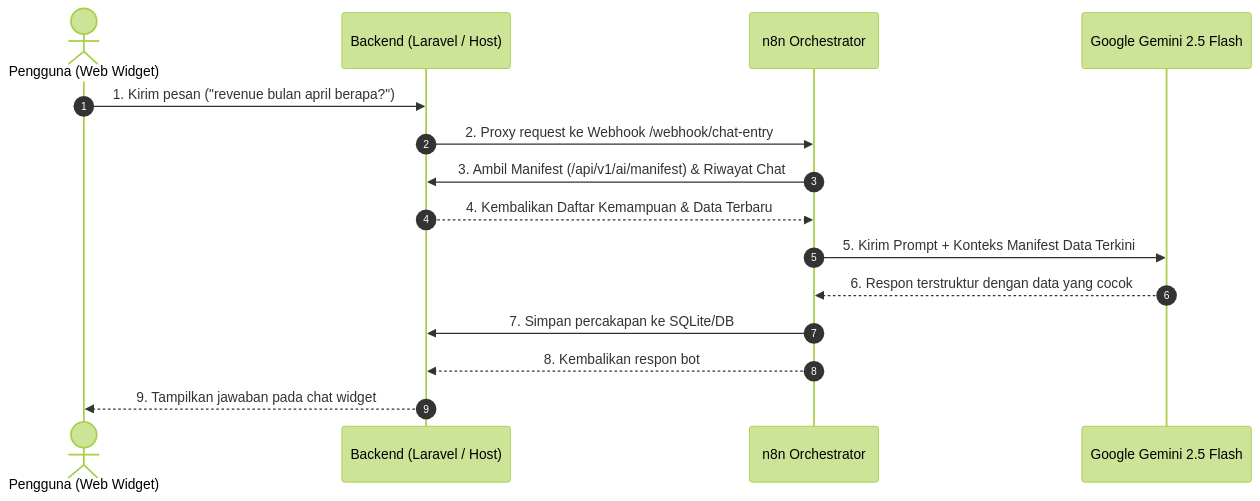
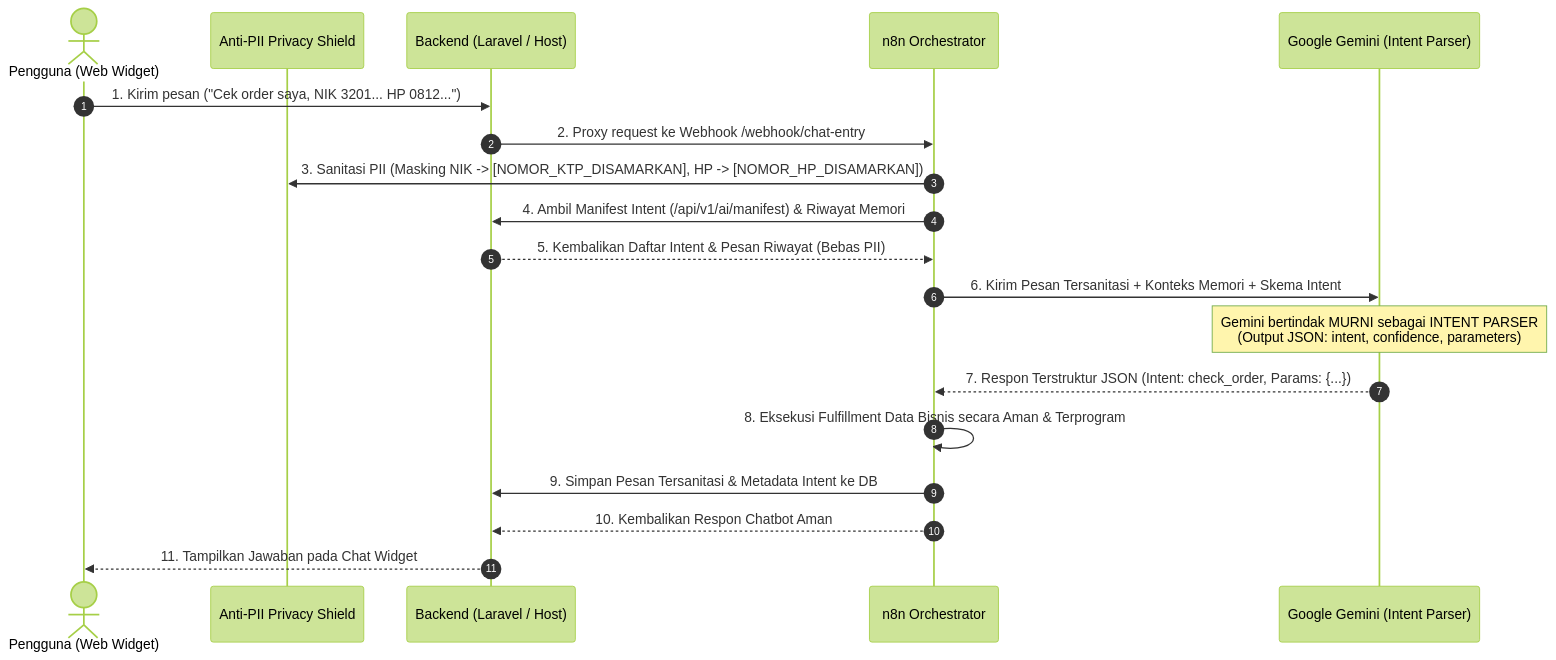
Before and after one commit to soju-sec/webtestchatbot: the diagram in MANUAL_INTEGRASI.md, drawn with Mermaid (forest theme). The commit also changed other lines of this file and 8 other files, not shown here.

Commit message:
feat: implement PII sanitization and fallback mechanisms in chatbot workflow and backend services

````diff
--- a/MANUAL_INTEGRASI.md
+++ b/MANUAL_INTEGRASI.md
@@ -11,18 +14,22 @@
 ```mermaid
 sequenceDiagram
     autonumber
     actor User as Pengguna (Web Widget)
+    participant Privacy as Anti-PII Privacy Shield
     participant Laravel as Backend (Laravel / Host)
     participant n8n as n8n Orchestrator
-    participant Gemini as Google Gemini 2.5 Flash
+    participant Gemini as Google Gemini (Intent Parser)
     
-    User->>Laravel: 1. Kirim pesan ("revenue bulan april berapa?")
+    User->>Laravel: 1. Kirim pesan ("Cek order saya, NIK 3201... HP 0812...")
     Laravel->>n8n: 2. Proxy request ke Webhook /webhook/chat-entry
-    n8n->>Laravel: 3. Ambil Manifest (/api/v1/ai/manifest) & Riwayat Chat
-    Laravel-->>n8n: 4. Kembalikan Daftar Kemampuan & Data Terbaru
-    n8n->>Gemini: 5. Kirim Prompt + Konteks Manifest Data Terkini
-    Gemini-->>n8n: 6. Respon terstruktur dengan data yang cocok
-    n8n->>Laravel: 7. Simpan percakapan ke SQLite/DB
-    n8n-->>Laravel: 8. Kembalikan respon bot
-    Laravel-->>User: 9. Tampilkan jawaban pada chat widget
+    n8n->>Privacy: 3. Sanitasi PII (Masking NIK -> [NOMOR_KTP_DISAMARKAN], HP -> [NOMOR_HP_DISAMARKAN])
+    n8n->>Laravel: 4. Ambil Manifest Intent (/api/v1/ai/manifest) & Riwayat Memori
+    Laravel-->>n8n: 5. Kembalikan Daftar Intent & Pesan Riwayat (Bebas PII)
+    n8n->>Gemini: 6. Kirim Pesan Tersanitasi + Konteks Memori + Skema Intent
+    Note over Gemini: Gemini bertindak MURNI sebagai INTENT PARSER<br/>(Output JSON: intent, confidence, parameters)
+    Gemini-->>n8n: 7. Respon Terstruktur JSON (Intent: check_order, Params: {...})
+    n8n->>n8n: 8. Eksekusi Fulfillment Data Bisnis secara Aman & Terprogram
+    n8n->>Laravel: 9. Simpan Pesan Tersanitasi & Metadata Intent ke DB
+    n8n-->>Laravel: 10. Kembalikan Respon Chatbot Aman
+    Laravel-->>User: 11. Tampilkan Jawaban pada Chat Widget
 ```
````
